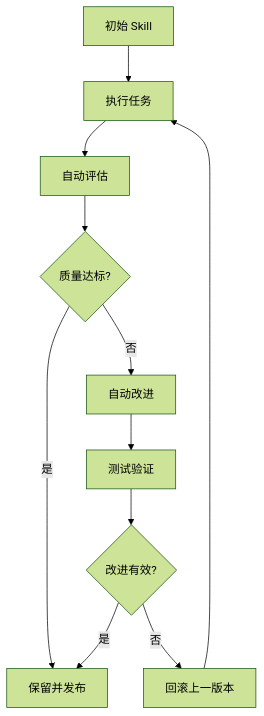
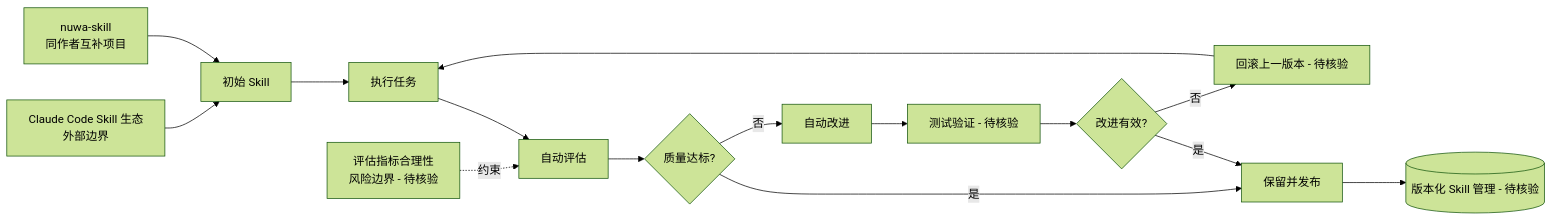
Before and after one commit to aiutil/github-researcher: the diagram in projects/darwin-skill.md, drawn with Mermaid (forest theme). The commit also changed other lines of this file and 939 other files, not shown here.

Commit message:
feat: add architect briefs and Mermaid project maps

````diff
--- a/projects/darwin-skill.md
+++ b/projects/darwin-skill.md
@@ -45,13 +58,17 @@
 ```mermaid
-flowchart TD
+flowchart LR
     A[初始 Skill] --> B[执行任务]
     B --> C[自动评估]
     C --> D{质量达标?}
     D -->|是| E[保留并发布]
     D -->|否| F[自动改进]
-    F --> G[测试验证]
+    F --> G[测试验证 - 待核验]
     G --> H{改进有效?}
     H -->|是| E
-    H -->|否| I[回滚上一版本]
+    H -->|否| I[回滚上一版本 - 待核验]
     I --> B
+    E --> J[(版本化 Skill 管理 - 待核验)]
+    K[Claude Code Skill 生态<br/>外部边界] --> A
+    L[nuwa-skill<br/>同作者互补项目] --> A
+    M[评估指标合理性<br/>风险边界 - 待核验] -. 约束 .-> C
 ```
````
